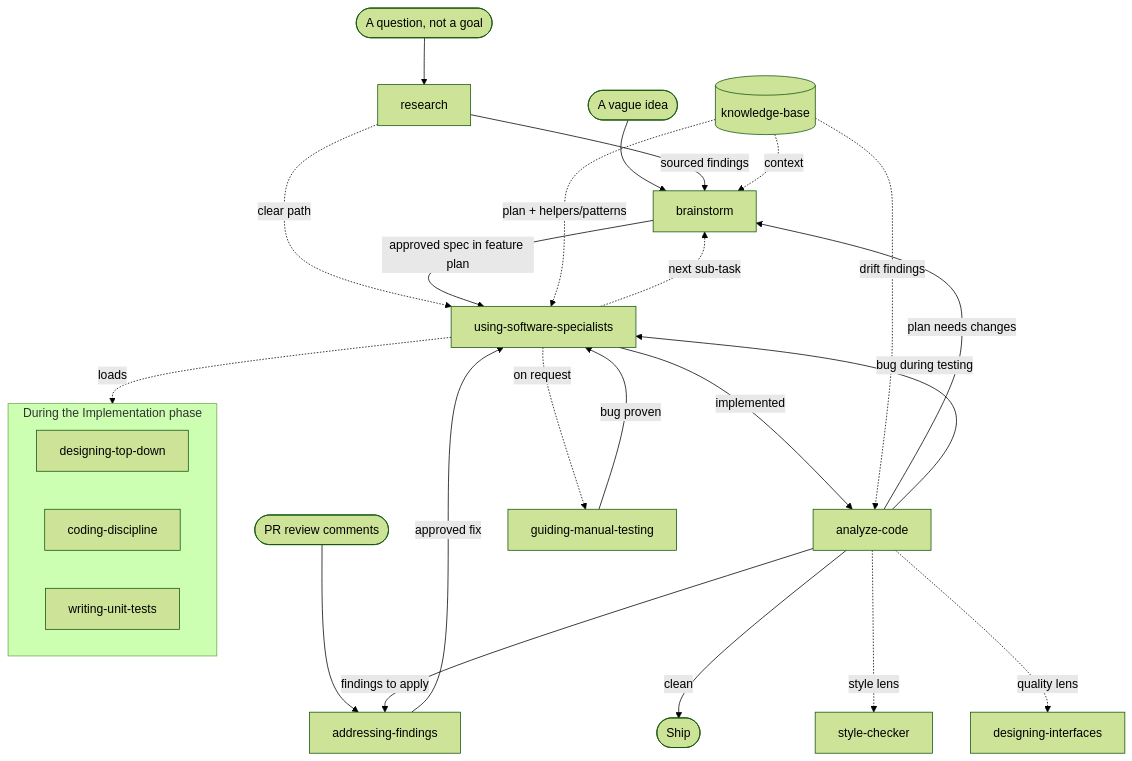
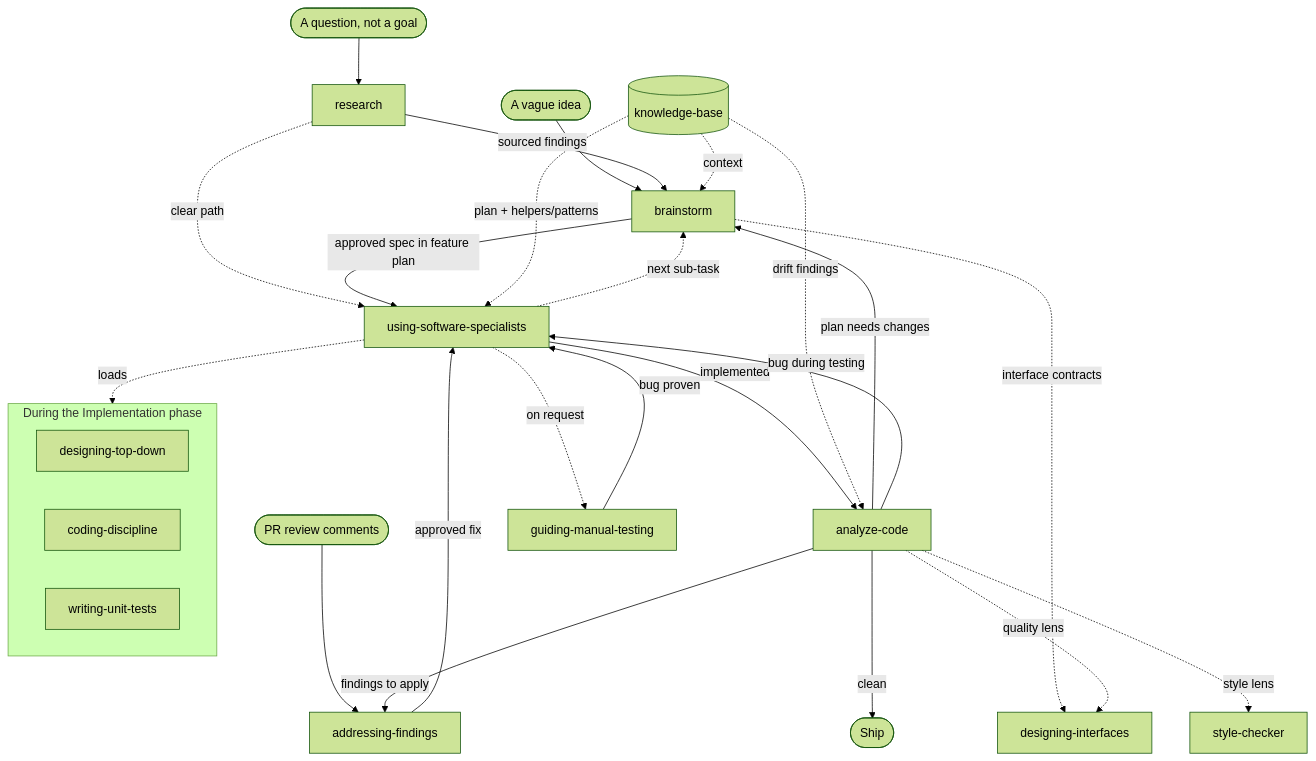
The diagram in README.md (jjmrocha/coding-skills), drawn with Mermaid (forest theme) before and after one commit. The commit also changed other lines of this file and 12 other files, not shown here.

````diff
--- a/README.md
+++ b/README.md
@@ -135,36 +110,37 @@
 ```mermaid
 flowchart TD
     Q([A question, not a goal]) --> RS[research]
     Idea([A vague idea]) --> BS[brainstorm]
     PR([PR review comments]) --> AF[addressing-findings]
 
     RS -->|sourced findings| BS
     RS -.->|clear path| USS
 
     BS -->|approved spec in feature plan| USS[using-software-specialists]
     USS -.->|next sub-task| BS
     USS -->|implemented| AC[analyze-code]
 
     AC -->|findings to apply| AF
     AF -->|approved fix| USS
     AC -->|plan needs changes| BS
     AC -->|bug during testing| USS
     AC -->|clean| Ship([Ship])
 
     USS -.->|on request| GT[guiding-manual-testing]
     GT -->|bug proven| USS
 
     subgraph during [During the Implementation phase]
         DTD[designing-top-down]
         CD[coding-discipline]
         WUT[writing-unit-tests]
     end
     USS -.loads.-> during
 
     KB[(knowledge-base)] -.->|context| BS
     KB -.->|plan + helpers/patterns| USS
     KB -.->|drift findings| AC
 
+    BS -.->|interface contracts| DI[designing-interfaces]
+    AC -.->|quality lens| DI
     AC -.->|style lens| SC[style-checker]
-    AC -.->|quality lens| DI[designing-interfaces]
 ```
````
